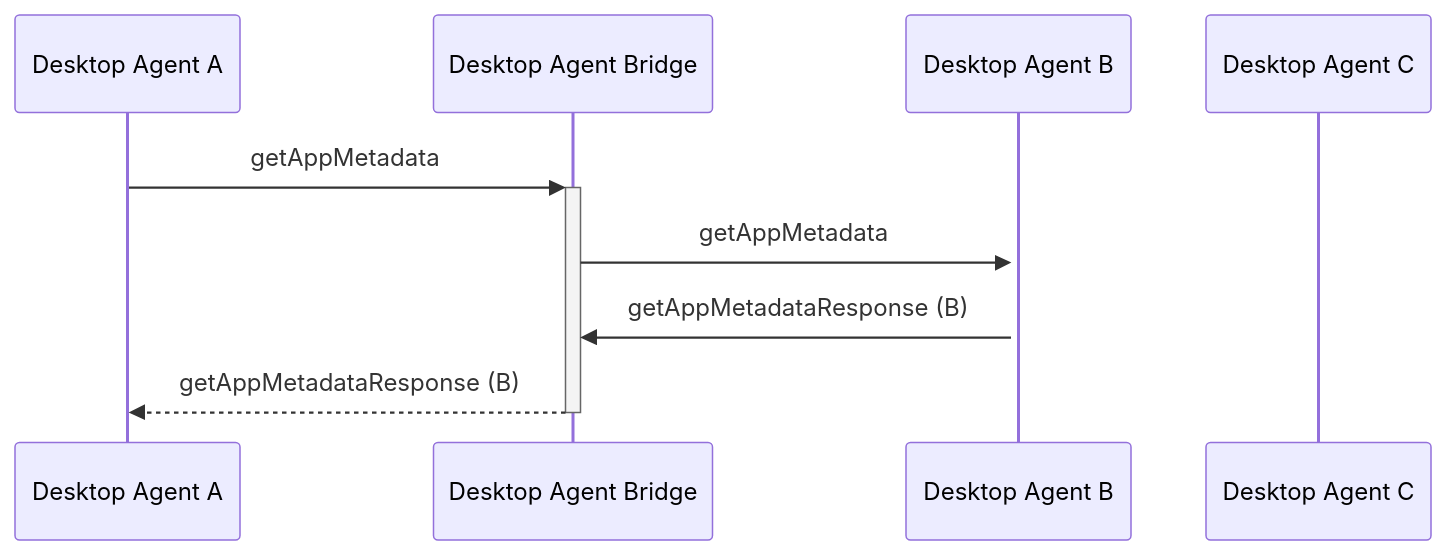
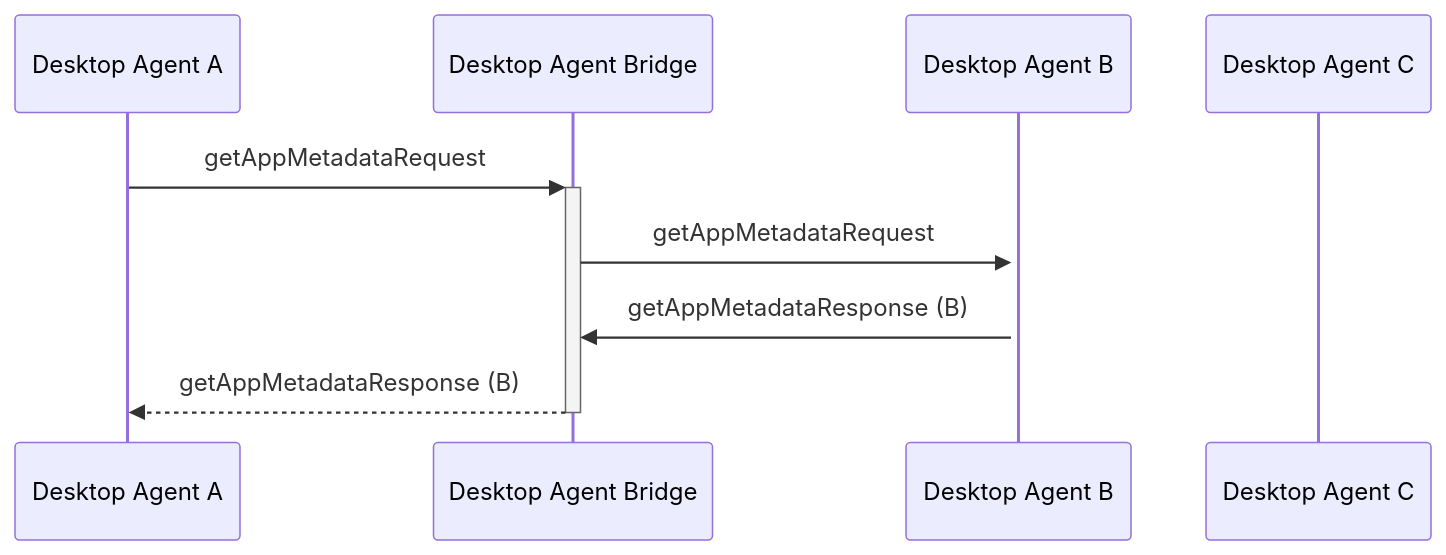
The diagram in docs/api-bridging/ref/getAppMetadata.md (finos/FDC3), drawn with Mermaid before and after one commit. The commit also changed other lines of this file and 42 other files, not shown here.

First line of the commit message:
Adding schema links to bridging ref docs + corrections

````diff
--- a/docs/api-bridging/ref/getAppMetadata.md
+++ b/docs/api-bridging/ref/getAppMetadata.md
@@ -26,11 +26,11 @@
 ```mermaid
 sequenceDiagram
     participant DA as Desktop Agent A
     participant DAB as Desktop Agent Bridge
     participant DB as Desktop Agent B
     participant DC as Desktop Agent C
-    DA ->>+ DAB: getAppMetadata
-    DAB ->>+ DB: getAppMetadata
+    DA ->>+ DAB: getAppMetadataRequest
+    DAB ->>+ DB: getAppMetadataRequest
     DB ->> DAB: getAppMetadataResponse (B)
     DAB -->>- DA: getAppMetadataResponse (B)
 ```
````
